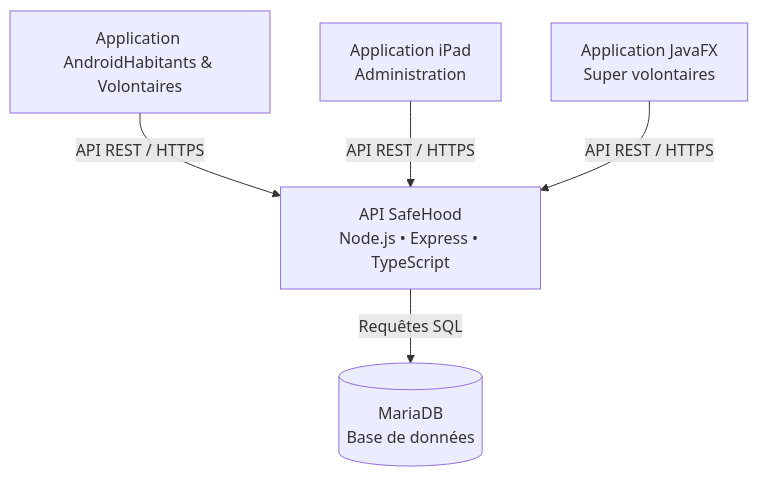
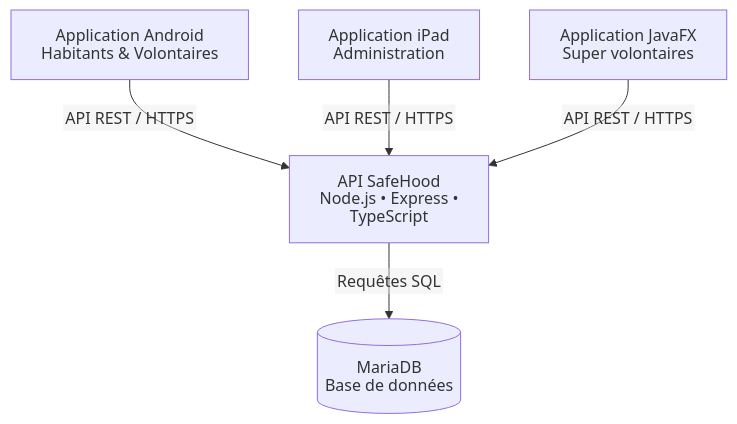
The diagram in README.md (moustapha93210/SafeHood-Team), drawn with Mermaid before and after one commit.

````diff
--- a/README.md
+++ b/README.md
@@ -148,16 +148,28 @@
 ```mermaid
+---
+config:
+  htmlLabels: false
+---
 flowchart TD
 
-    Android["Application Android<br\>Habitants & Volontaires"]
-    iPad["Application iPad<br/>Administration"]
-    JavaFX["Application JavaFX<br/>Super volontaires"]
+    Android["`Application Android
+    Habitants & Volontaires`"]
 
-    API["API SafeHood<br/>Node.js • Express • TypeScript"]
-    DB[("MariaDB<br/>Base de données")]
+    iPad["`Application iPad
+    Administration`"]
+
+    JavaFX["`Application JavaFX
+    Super volontaires`"]
+
+    API["`API SafeHood
+    Node.js • Express • TypeScript`"]
+
+    DB[("`MariaDB
+    Base de données`")]
 
     Android -->|API REST / HTTPS| API
     iPad -->|API REST / HTTPS| API
     JavaFX -->|API REST / HTTPS| API
 
     API -->|Requêtes SQL| DB
 ```
````
